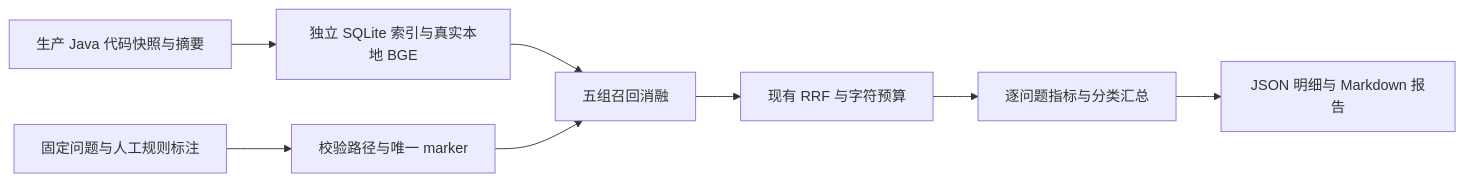
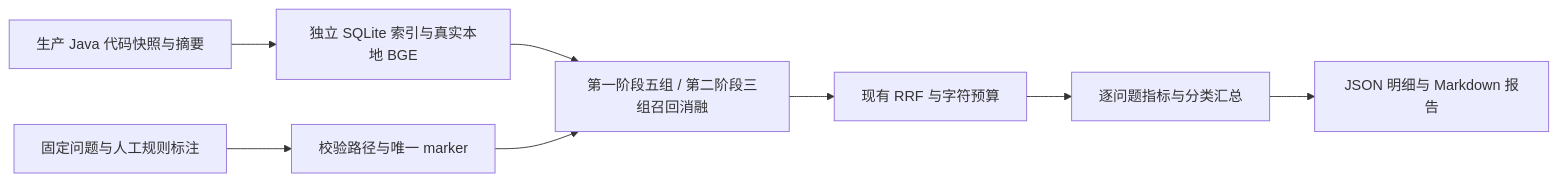
The first of 2 diagrams in docs/dev/36-rag-repository-evaluation.md (zgjdev/Code-Agent), drawn with Mermaid before and after one commit. The commit also changed other lines of this file and 25 other files, not shown here.

````diff
--- a/docs/dev/36-rag-repository-evaluation.md
+++ b/docs/dev/36-rag-repository-evaluation.md
@@ -25,10 +25,10 @@
 ```mermaid
 flowchart LR
     S[生产 Java 代码快照与摘要] --> I[独立 SQLite 索引与真实本地 BGE]
     Q[固定问题与人工规则标注] --> V[校验路径与唯一 marker]
-    I --> A[五组召回消融]
+    I --> A[第一阶段五组 / 第二阶段三组召回消融]
     V --> A
     A --> F[现有 RRF 与字符预算]
     F --> M[逐问题指标与分类汇总]
     M --> R[JSON 明细与 Markdown 报告]
 ```
````
